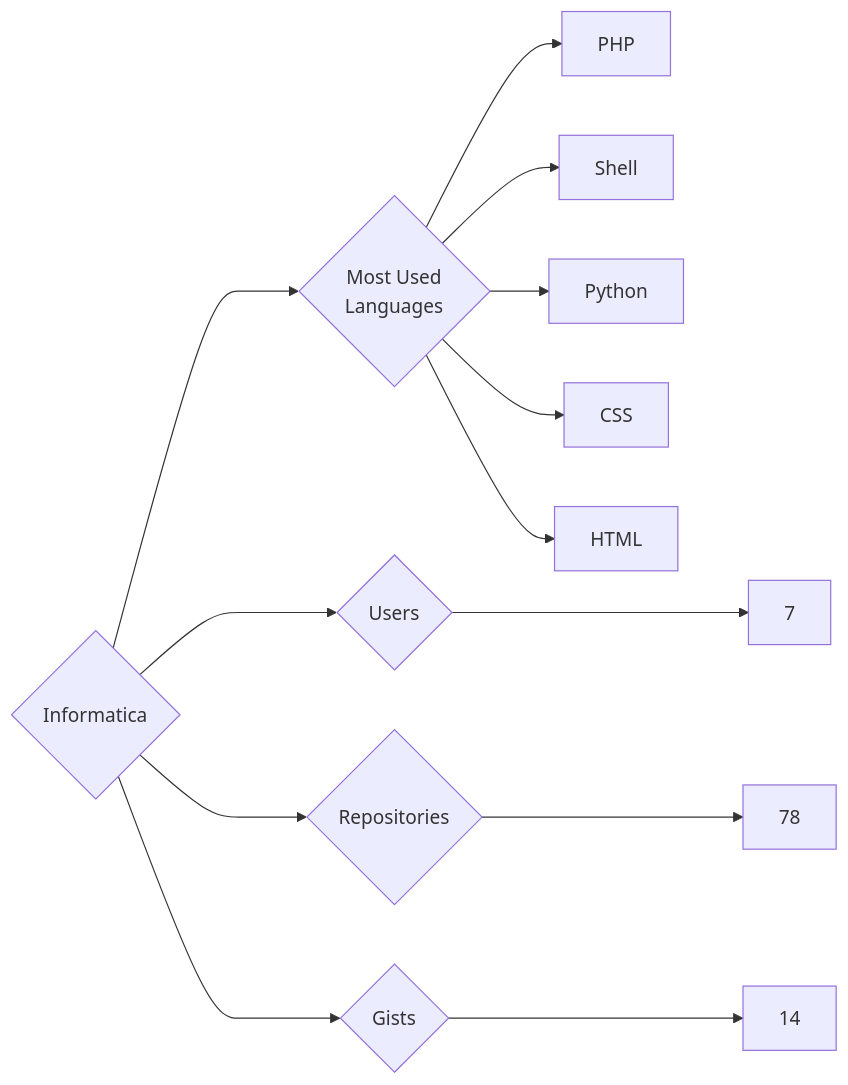
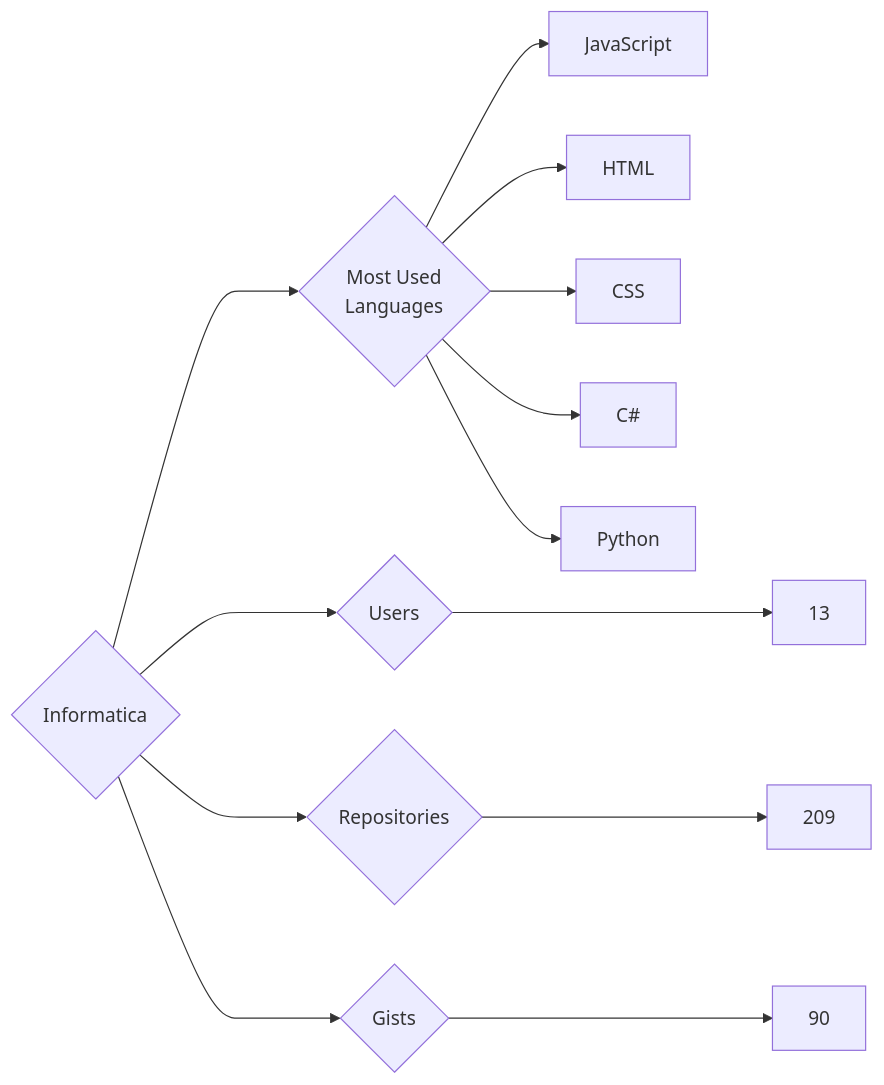
Before and after one commit to trickest/insiders: the diagram in targets/Informatica/README.md, drawn with Mermaid. The commit also changed 1167 other files, not shown here.

````diff
--- a/targets/Informatica/README.md
+++ b/targets/Informatica/README.md
@@ -3,13 +3,13 @@
 ```mermaid
 graph LR
 COMPANY_NAME{Informatica}
-COMPANY_NAME ---> U{Users} ---> UN[7]
-COMPANY_NAME ---> R{Repositories} ---> RN[78]
-COMPANY_NAME ---> G{Gists} ---> GN[14]
+COMPANY_NAME ---> U{Users} ---> UN[13]
+COMPANY_NAME ---> R{Repositories} ---> RN[209]
+COMPANY_NAME ---> G{Gists} ---> GN[90]
 COMPANY_NAME ---> ML{Most Used<br>Languages}
-ML --> PHP[PHP]
-ML --> Shell[Shell]
+ML --> JavaScript[JavaScript]
+ML --> HTML[HTML]
+ML --> CSS[CSS]
+ML --> C#[C#]
 ML --> Python[Python]
-ML --> CSS[CSS]
-ML --> HTML[HTML]
 ```
````
